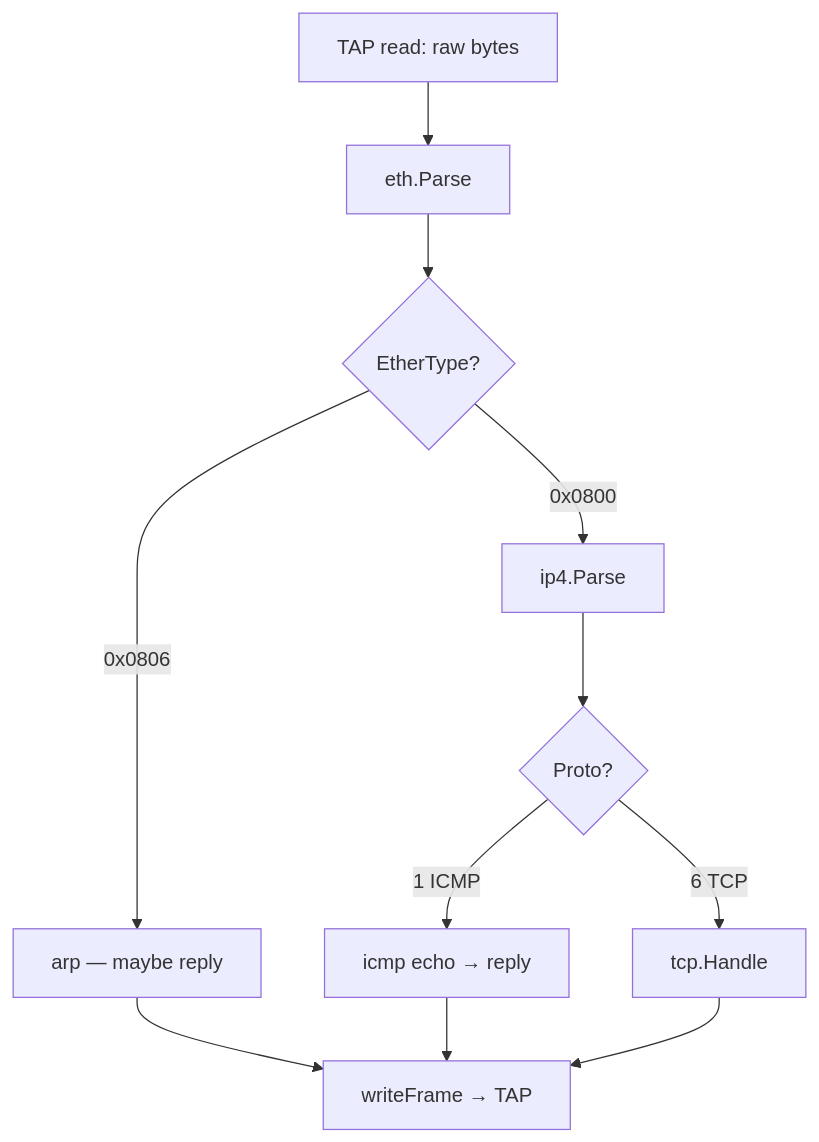
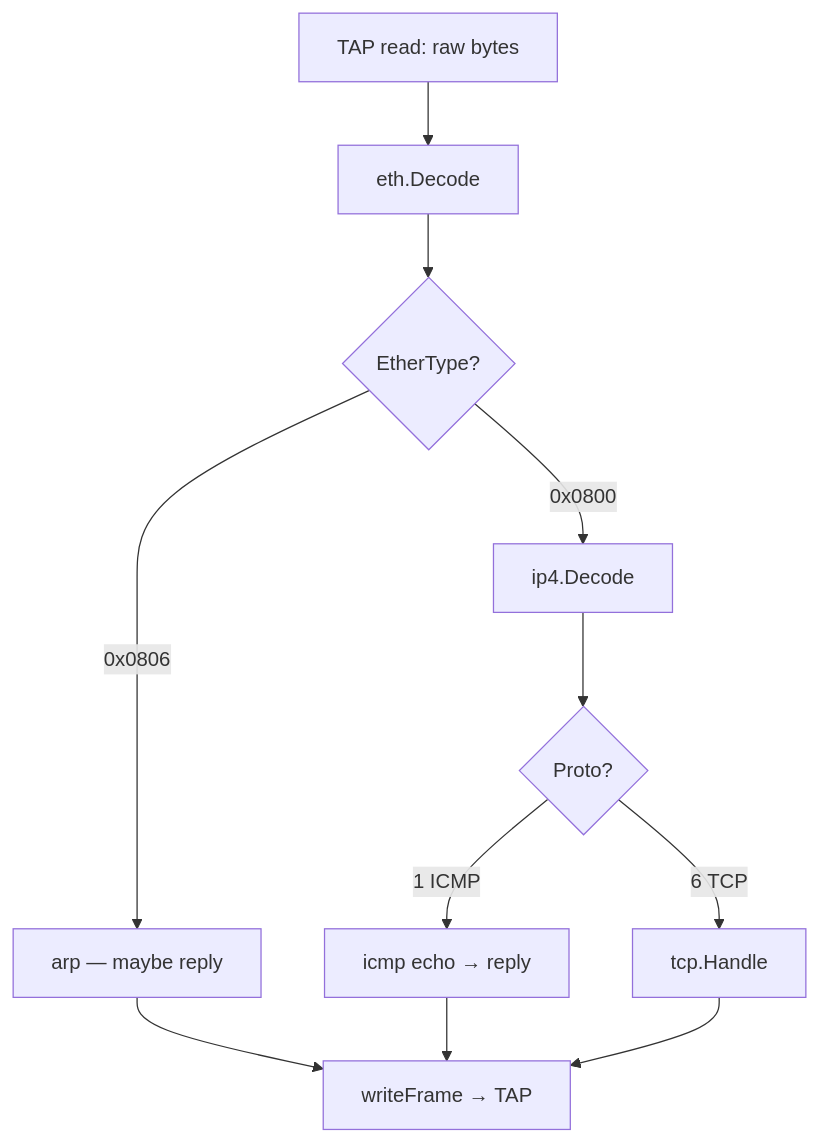
Before and after one commit to asideofcode/mytcp: the third of 9 diagrams in ARCHITECTURE.md, drawn with Mermaid. The commit also changed other lines of this file and 50 other files, not shown here.

````diff
--- a/ARCHITECTURE.md
+++ b/ARCHITECTURE.md
@@ -123,18 +123,18 @@
 ```mermaid
 flowchart TB
   bytes["TAP read: raw bytes"]
-  ethN["eth.Parse"]
+  ethN["eth.Decode"]
   demux{"EtherType?"}
   arpN["arp — maybe reply"]
-  ipN["ip4.Parse"]
+  ipN["ip4.Decode"]
   proto{"Proto?"}
   icmpN["icmp echo → reply"]
   tcpN["tcp.Handle"]
   tx["writeFrame → TAP"]
 
   bytes --> ethN --> demux
   demux -->|0x0806| arpN --> tx
   demux -->|0x0800| ipN --> proto
   proto -->|1 ICMP| icmpN --> tx
   proto -->|6 TCP| tcpN --> tx
 ```
````
